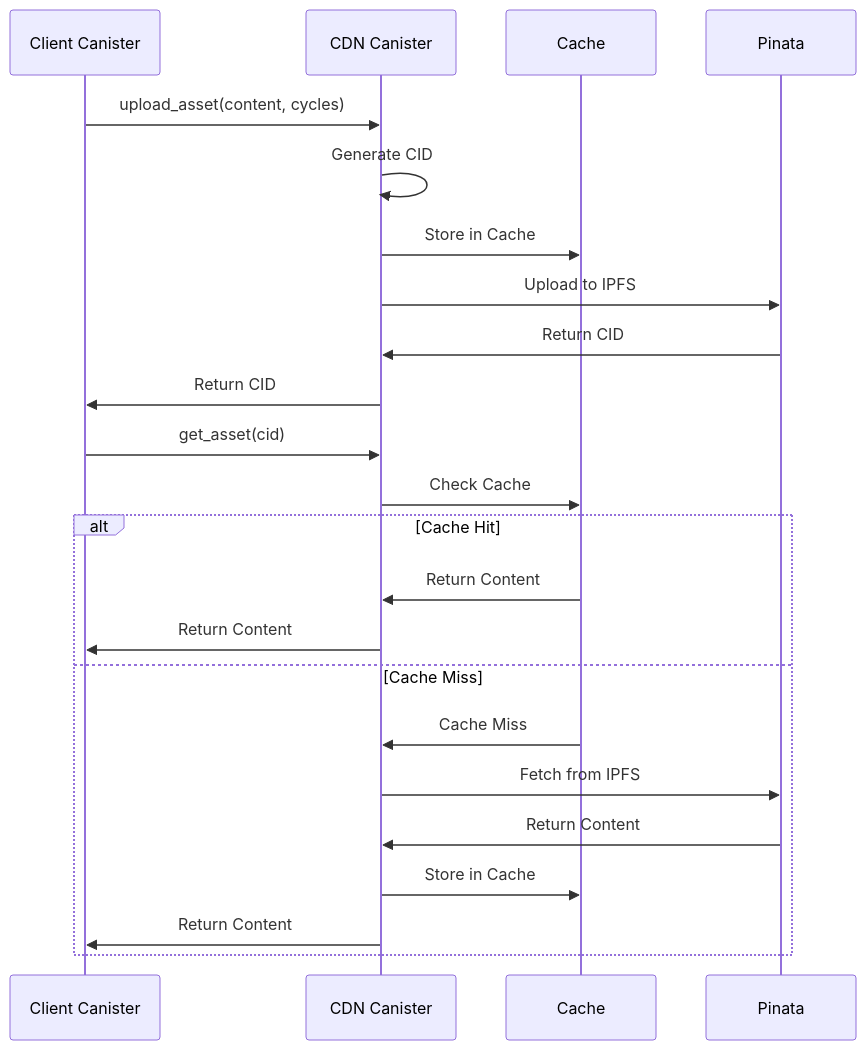
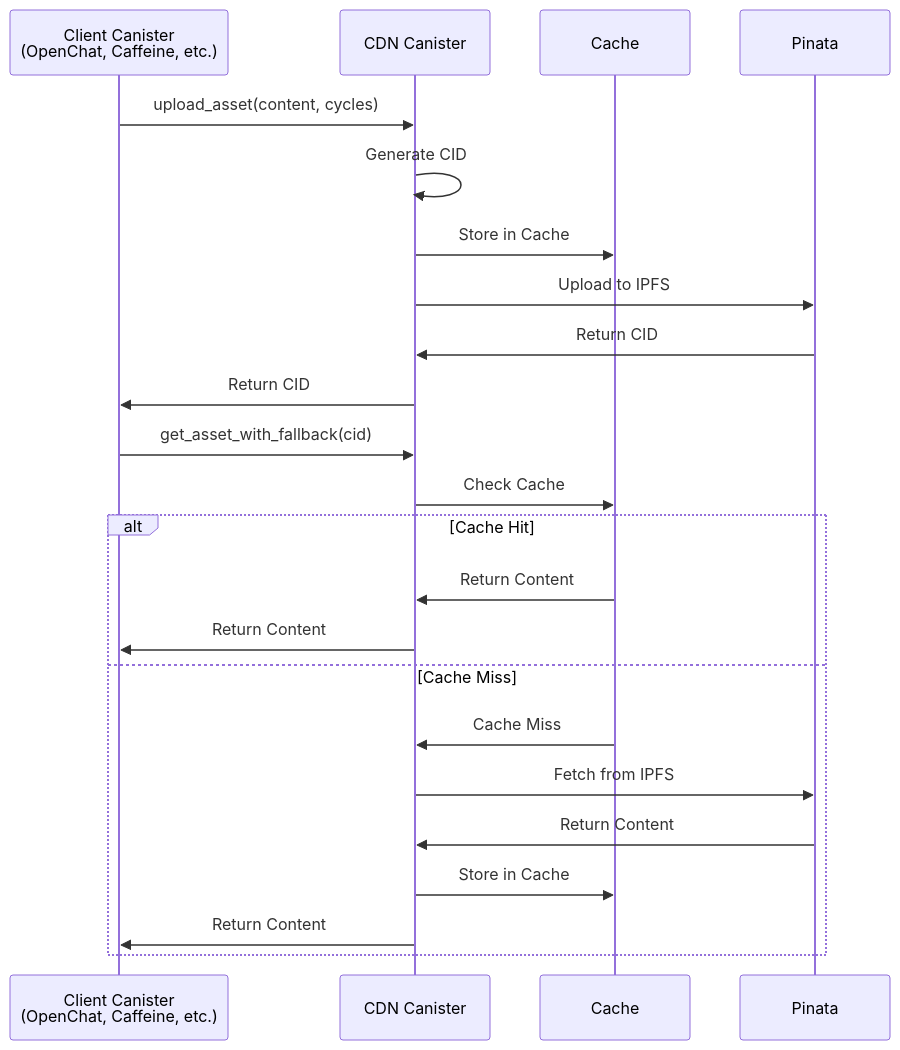
One commit to Blessan-Alex/ICP-CDN changed the third of 3 diagrams in docs/DIAGRAMS.md. Above: the diagram before and after it, drawn with Mermaid. The commit also changed other lines of this file and 9 other files, not shown here.

````diff
--- a/docs/DIAGRAMS.md
+++ b/docs/DIAGRAMS.md
@@ -227,27 +85,27 @@
 ```mermaid
 sequenceDiagram
-    participant C1 as Client Canister
+    participant C1 as Client Canister<br/>(OpenChat, Caffeine, etc.)
     participant CDN as CDN Canister
     participant C as Cache
     participant P as Pinata
     
     C1->>CDN: upload_asset(content, cycles)
     CDN->>CDN: Generate CID
     CDN->>C: Store in Cache
     CDN->>P: Upload to IPFS
     P->>CDN: Return CID
     CDN->>C1: Return CID
     
-    C1->>CDN: get_asset(cid)
+    C1->>CDN: get_asset_with_fallback(cid)
     CDN->>C: Check Cache
     alt Cache Hit
         C->>CDN: Return Content
         CDN->>C1: Return Content
     else Cache Miss
         C->>CDN: Cache Miss
         CDN->>P: Fetch from IPFS
         P->>CDN: Return Content
         CDN->>C: Store in Cache
         CDN->>C1: Return Content
     end
 ```
````
